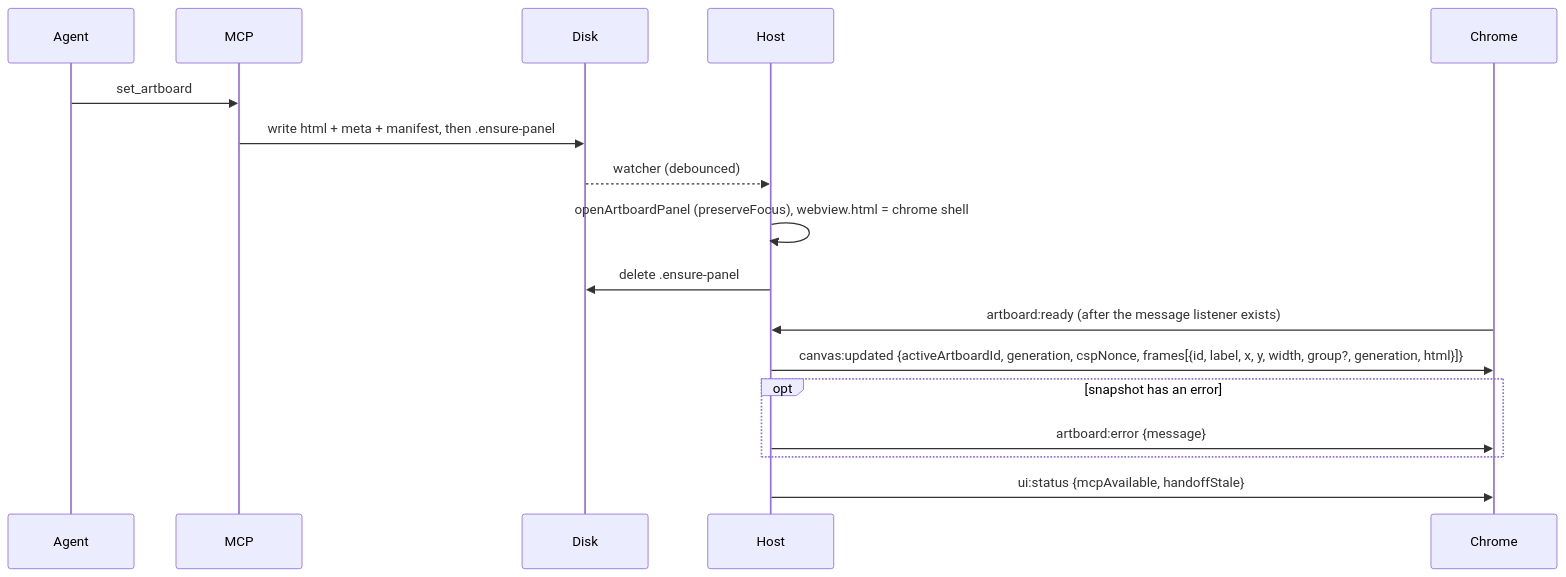
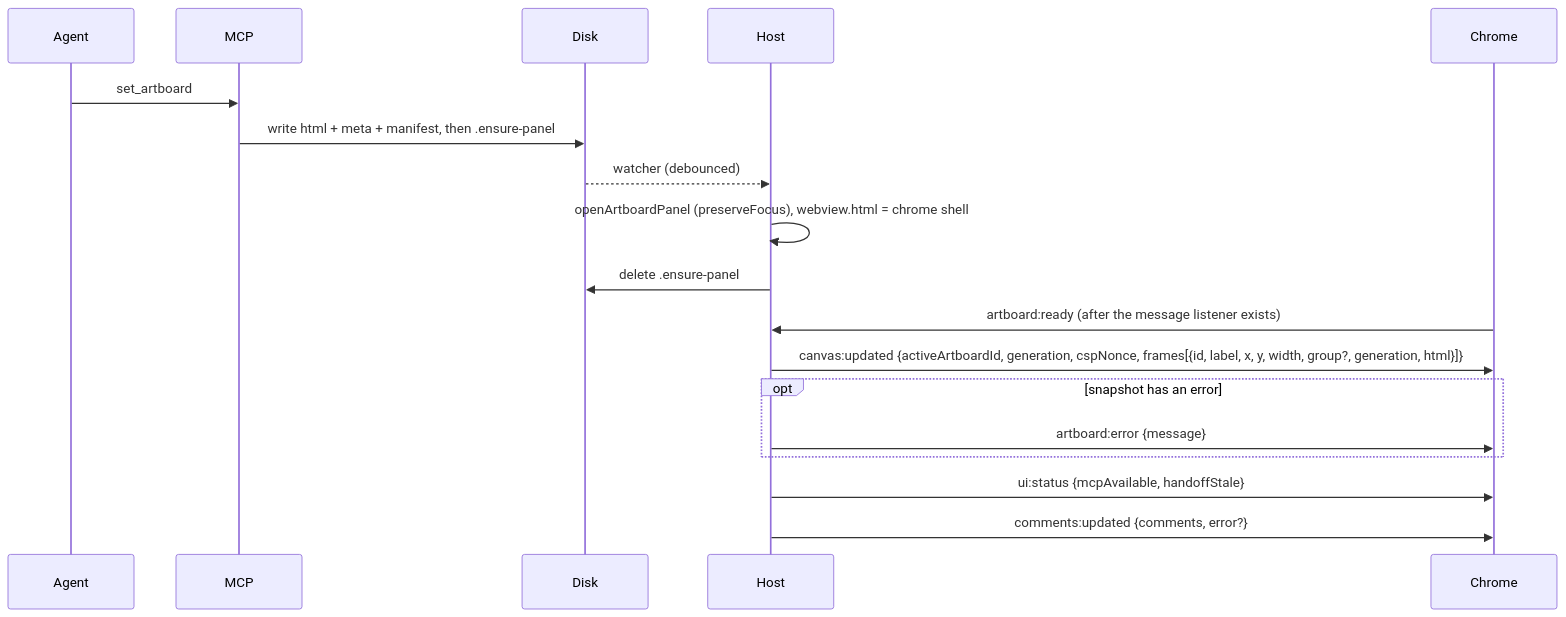
Before and after one commit to MarekBombera/cursor-design-extension: the third of 7 diagrams in blueprint/context/system-map.md, drawn with Mermaid. The commit also changed other lines of this file and 42 other files, not shown here.

````diff
--- a/blueprint/context/system-map.md
+++ b/blueprint/context/system-map.md
@@ -110,19 +110,20 @@
 ```mermaid
 sequenceDiagram
   participant A as Agent
   participant M as MCP
   participant D as Disk
   participant H as Host
   participant C as Chrome
   A->>M: set_artboard
   M->>D: write html + meta + manifest, then .ensure-panel
   D-->>H: watcher (debounced)
   H->>H: openArtboardPanel (preserveFocus), webview.html = chrome shell
   H->>D: delete .ensure-panel
   C->>H: artboard:ready (after the message listener exists)
   H->>C: canvas:updated {activeArtboardId, generation, cspNonce, frames[{id, label, x, y, width, group?, generation, html}]}
   opt snapshot has an error
     H->>C: artboard:error {message}
   end
   H->>C: ui:status {mcpAvailable, handoffStale}
+  H->>C: comments:updated {comments, error?}
 ```
````
